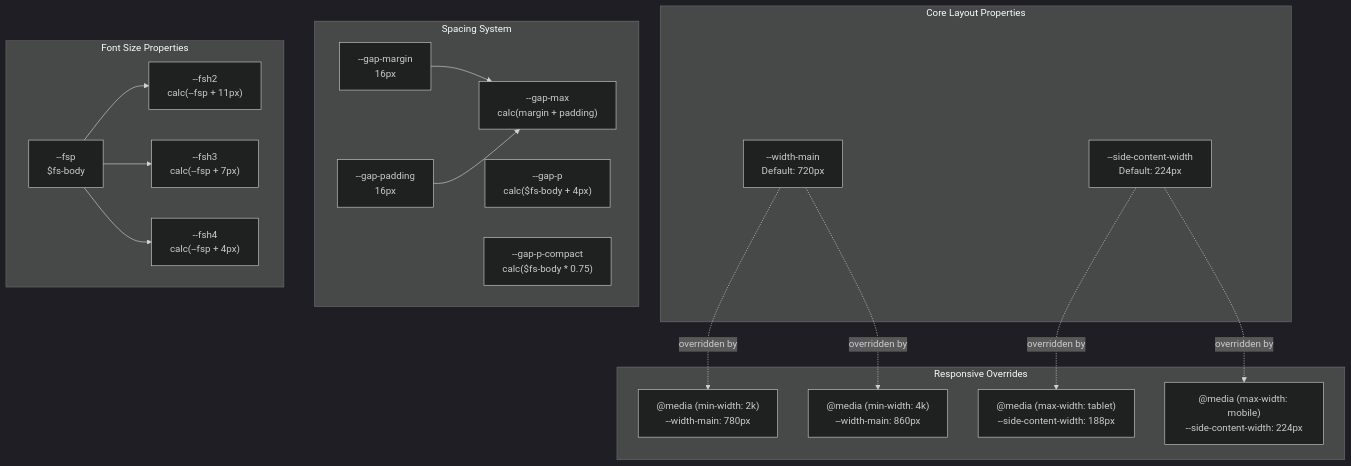
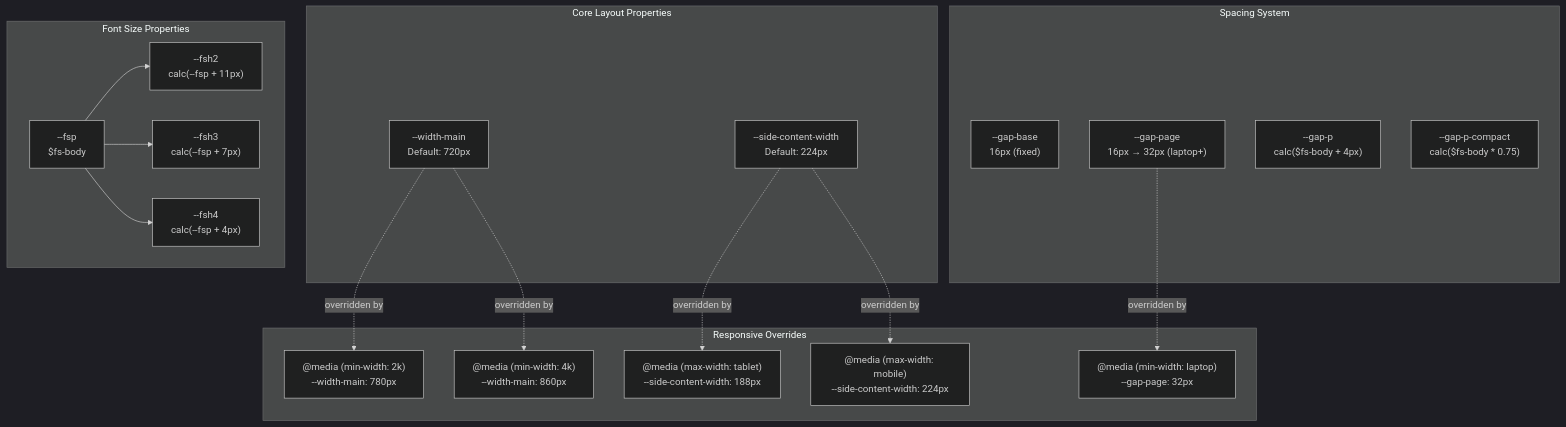
The fifth of 7 diagrams in themes/stellar/docs/knowledge/01-样式系统/design-tokens.md (penndu/hexo), drawn with Mermaid (dark theme) before and after one commit. The commit also changed other lines of this file and 48 other files, not shown here.

````diff
--- a/themes/stellar/docs/knowledge/01-样式系统/design-tokens.md
+++ b/themes/stellar/docs/knowledge/01-样式系统/design-tokens.md
@@ -295,40 +295,39 @@
 ```mermaid
 graph TB
     subgraph "Core Layout Properties"
         WIDTHMAIN["--width-main<br/>Default: 720px"]
         SIDEWIDTH["--side-content-width<br/>Default: 224px"]
     end
     
     subgraph "Spacing System"
-        MARGIN["--gap-margin<br/>16px"]
-        PADDING["--gap-padding<br/>16px"]
-        GAPMAX["--gap-max<br/>calc(margin + padding)"]
+        BASE["--gap-base<br/>16px (fixed)"]
+        PAGE["--gap-page<br/>16px → 32px (laptop+)"]
         GAPP["--gap-p<br/>calc($fs-body + 4px)"]
         GAPCOMPACT["--gap-p-compact<br/>calc($fs-body * 0.75)"]
     end
     
     subgraph "Font Size Properties"
         FSP["--fsp<br/>$fs-body"]
         FSH2["--fsh2<br/>calc(--fsp + 11px)"]
         FSH3["--fsh3<br/>calc(--fsp + 7px)"]
         FSH4["--fsh4<br/>calc(--fsp + 4px)"]
     end
     
     subgraph "Responsive Overrides"
         MEDIA2K["@media (min-width: 2k)<br/>--width-main: 780px"]
         MEDIA4K["@media (min-width: 4k)<br/>--width-main: 860px"]
         MEDIATABLET["@media (max-width: tablet)<br/>--side-content-width: 188px"]
         MEDIAMOBILE["@media (max-width: mobile)<br/>--side-content-width: 224px"]
+        MEDIALAPTOP["@media (min-width: laptop)<br/>--gap-page: 32px"]
     end
     
-    MARGIN --> GAPMAX
-    PADDING --> GAPMAX
     FSP --> FSH2
     FSP --> FSH3
     FSP --> FSH4
     
     WIDTHMAIN -.overridden by.-> MEDIA2K
     WIDTHMAIN -.overridden by.-> MEDIA4K
     SIDEWIDTH -.overridden by.-> MEDIATABLET
     SIDEWIDTH -.overridden by.-> MEDIAMOBILE
+    PAGE -.overridden by.-> MEDIALAPTOP
 ```
````
